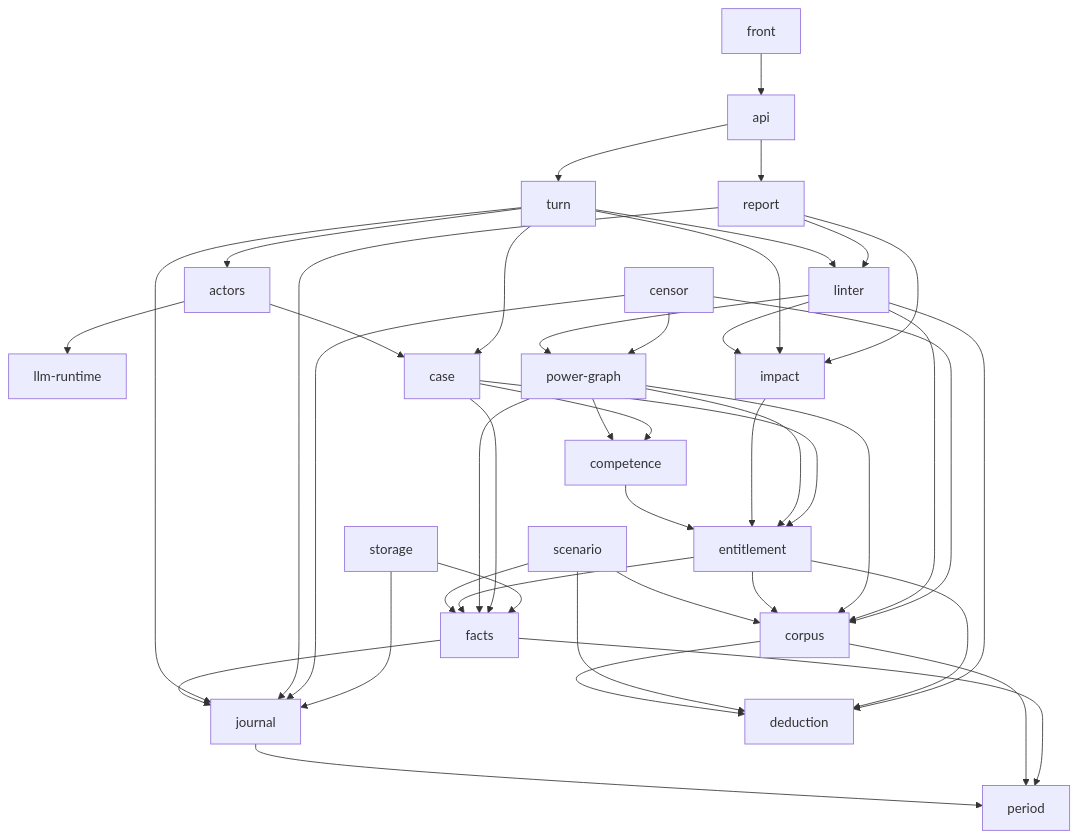
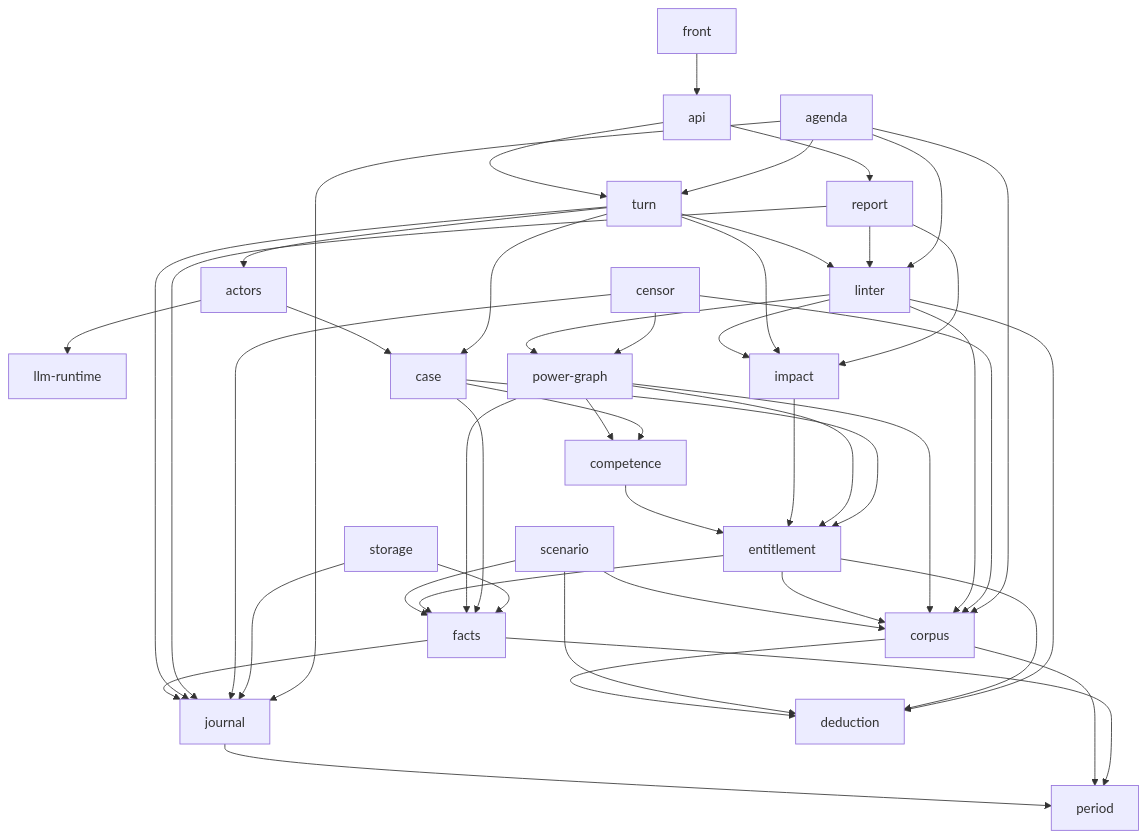
One commit to heaprip/intercessio changed the fourth of 4 diagrams in docs/design/README.md. Above: the diagram before and after it, drawn with Mermaid. The commit also changed other lines of this file and 6 other files, not shown here.

````diff
--- a/docs/design/README.md
+++ b/docs/design/README.md
@@ -172,48 +174,52 @@
 ```mermaid
 flowchart TD
   %% components
   llm_runtime[llm-runtime]
   power_graph[power-graph]
   journal --> period
   corpus --> period
   corpus --> deduction
   facts --> period
   facts --> journal
   scenario --> corpus
   scenario --> facts
   scenario --> deduction
   entitlement --> corpus
   entitlement --> facts
   entitlement --> deduction
   competence --> entitlement
   impact --> entitlement
   power_graph --> corpus
   power_graph --> facts
   power_graph --> competence
   power_graph --> entitlement
   linter --> corpus
   linter --> deduction
   linter --> impact
   linter --> power_graph
   case --> competence
   case --> facts
   case --> entitlement
   actors --> case
   actors --> llm_runtime
   turn --> case
   turn --> actors
   turn --> impact
   turn --> linter
   turn --> journal
   report --> journal
   report --> linter
   report --> impact
   api --> turn
   api --> report
   front --> api
   censor --> journal
   censor --> corpus
   censor --> power_graph
   storage --> facts
   storage --> journal
+  agenda --> linter
+  agenda --> journal
+  agenda --> corpus
+  agenda --> turn
 ```
````
